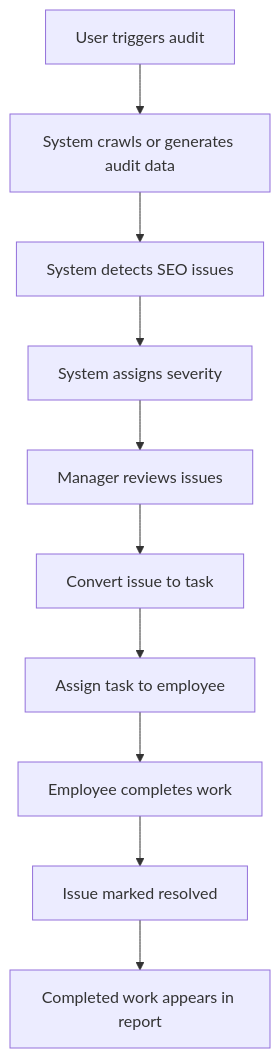
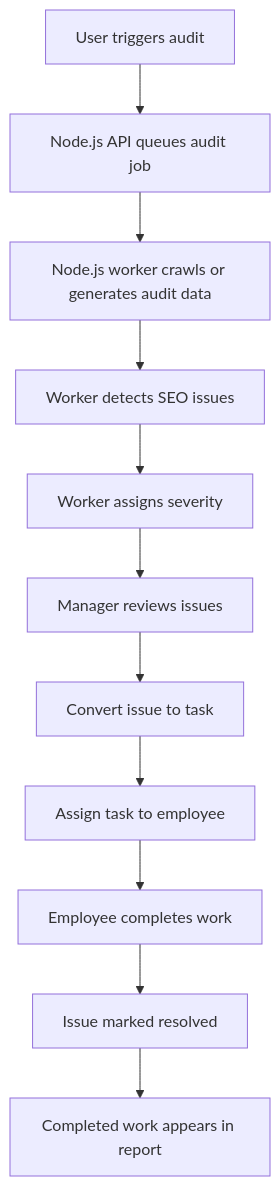
One commit to farhansldm/SLDM-seo changed the fifth of 8 diagrams in features-use-cases-10-day-timeline.md. Above: the diagram before and after it, drawn with Mermaid. The commit also changed other lines of this file and 32 other files, not shown here.

````diff
--- a/features-use-cases-10-day-timeline.md
+++ b/features-use-cases-10-day-timeline.md
@@ -352,23 +425,25 @@
 ```mermaid
 flowchart TD
     Trigger[User triggers audit]
-    Crawl[System crawls or generates audit data]
-    Detect[System detects SEO issues]
-    Prioritize[System assigns severity]
+    Queue[Node.js API queues audit job]
+    Crawl[Node.js worker crawls or generates audit data]
+    Detect[Worker detects SEO issues]
+    Prioritize[Worker assigns severity]
     Review[Manager reviews issues]
     Convert[Convert issue to task]
     Assign[Assign task to employee]
     Work[Employee completes work]
     Resolve[Issue marked resolved]
     Report[Completed work appears in report]
 
-    Trigger --> Crawl
+    Trigger --> Queue
+    Queue --> Crawl
     Crawl --> Detect
     Detect --> Prioritize
     Prioritize --> Review
     Review --> Convert
     Convert --> Assign
     Assign --> Work
     Work --> Resolve
     Resolve --> Report
 ```
````
